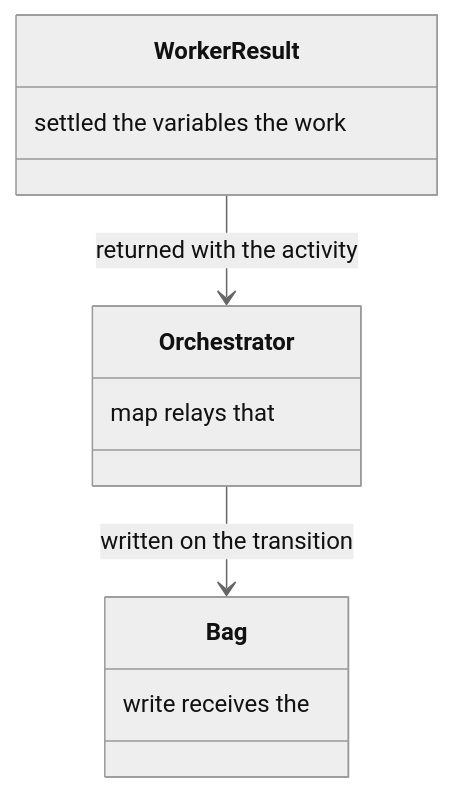
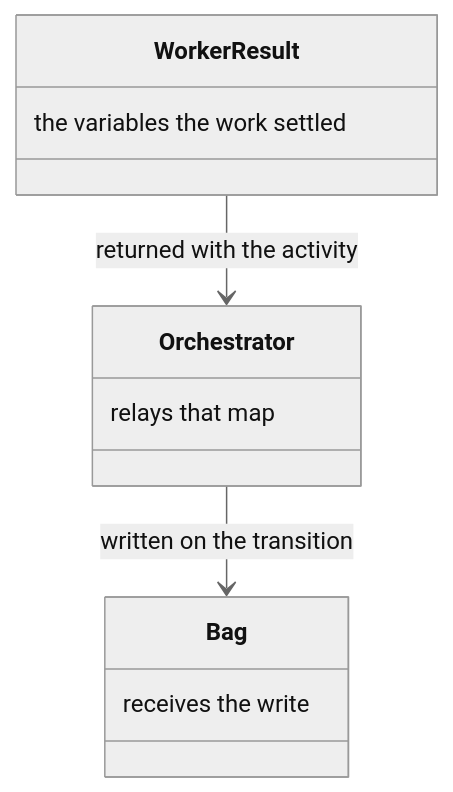
Diagram 16 of 36 in docs/state.md (m2ux/workflow-server), drawn with Mermaid (neutral theme) before and after one commit. The commit also changed other lines of this file and 10 other files, not shown here.

Commit message:
Write each class-box note in reading order so the diagram shows the phrase as written.

````diff
--- a/docs/state.md
+++ b/docs/state.md
@@ -269,14 +269,14 @@
 ```mermaid
 classDiagram
   class WorkerResult {
-    settled the variables the work
+    the variables the work settled
   }
   class Orchestrator {
-    map relays that
+    relays that map
   }
   class Bag {
-    write receives the
+    receives the write
   }
   WorkerResult --> Orchestrator : returned with the activity
   Orchestrator --> Bag : written on the transition
 ```
````
